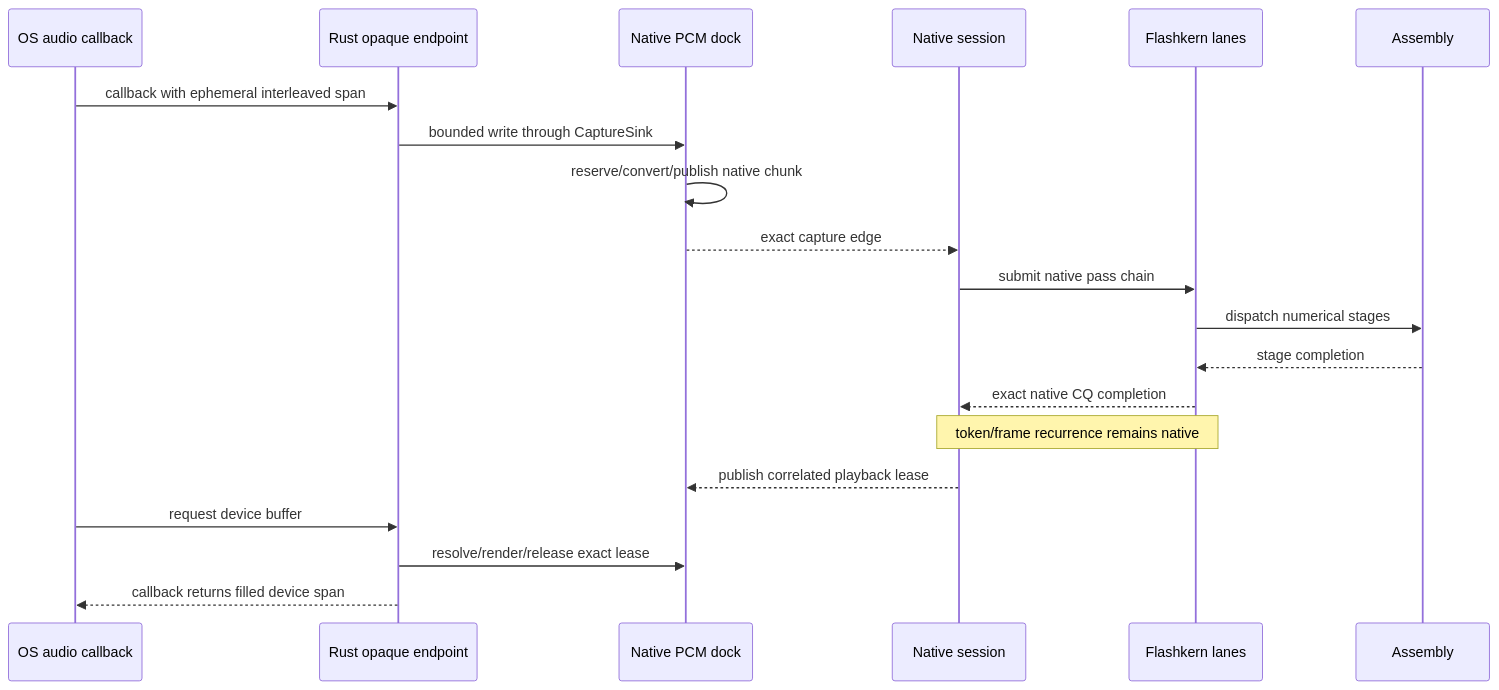
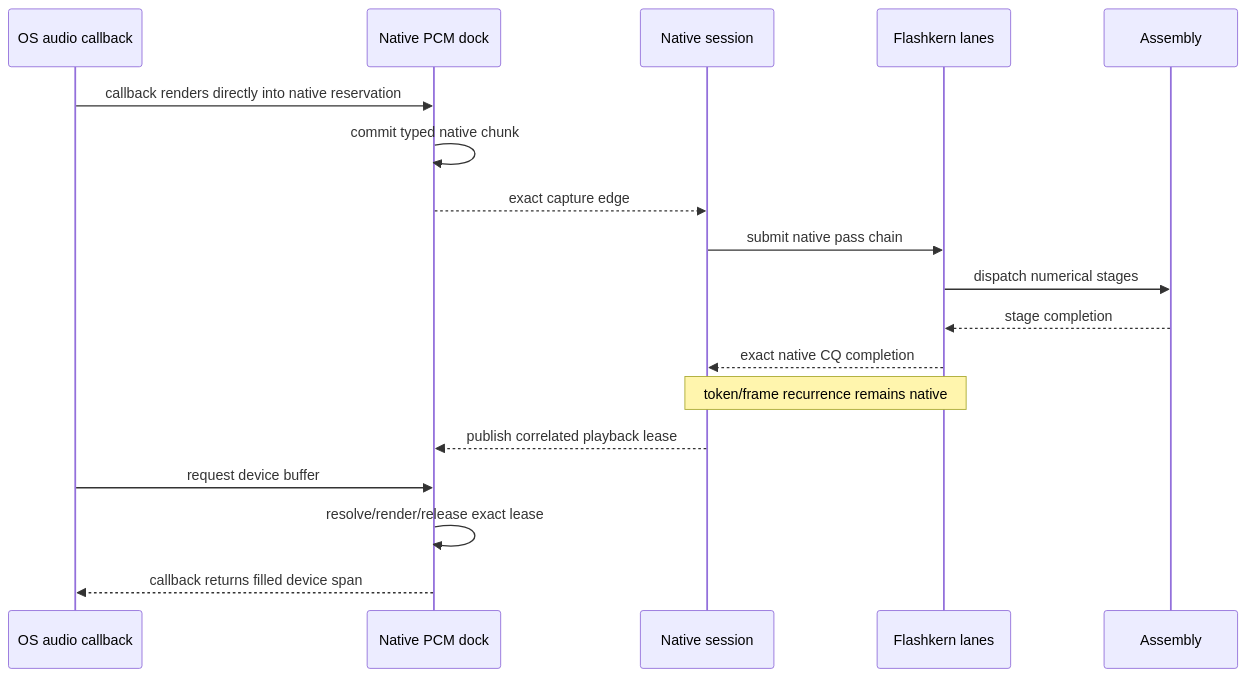
One commit to SolaceHarmony/emberharmony changed the second of 2 diagrams in packages/desktop/src-tauri/src/voice/VOICE_ARCHITECTURE.md. Above: the diagram before and after it, drawn with Mermaid. The commit also changed other lines of this file and 50 other files, not shown here.

````diff
--- a/packages/desktop/src-tauri/src/voice/VOICE_ARCHITECTURE.md
+++ b/packages/desktop/src-tauri/src/voice/VOICE_ARCHITECTURE.md
@@ -71,23 +72,21 @@
 ```mermaid
 sequenceDiagram
     participant HAL as OS audio callback
-    participant R as Rust opaque endpoint
     participant K as Native PCM dock
     participant N as Native session
     participant F as Flashkern lanes
     participant A as Assembly
 
-    HAL->>R: callback with ephemeral interleaved span
-    R->>K: bounded write through CaptureSink
-    K->>K: reserve/convert/publish native chunk
+    HAL->>K: callback renders directly into native reservation
+    K->>K: commit typed native chunk
     K-->>N: exact capture edge
     N->>F: submit native pass chain
     F->>A: dispatch numerical stages
     A-->>F: stage completion
     F-->>N: exact native CQ completion
     Note over N,F: token/frame recurrence remains native
     N-->>K: publish correlated playback lease
-    HAL->>R: request device buffer
-    R->>K: resolve/render/release exact lease
-    R-->>HAL: callback returns filled device span
+    HAL->>K: request device buffer
+    K->>K: resolve/render/release exact lease
+    K-->>HAL: callback returns filled device span
 ```
````
